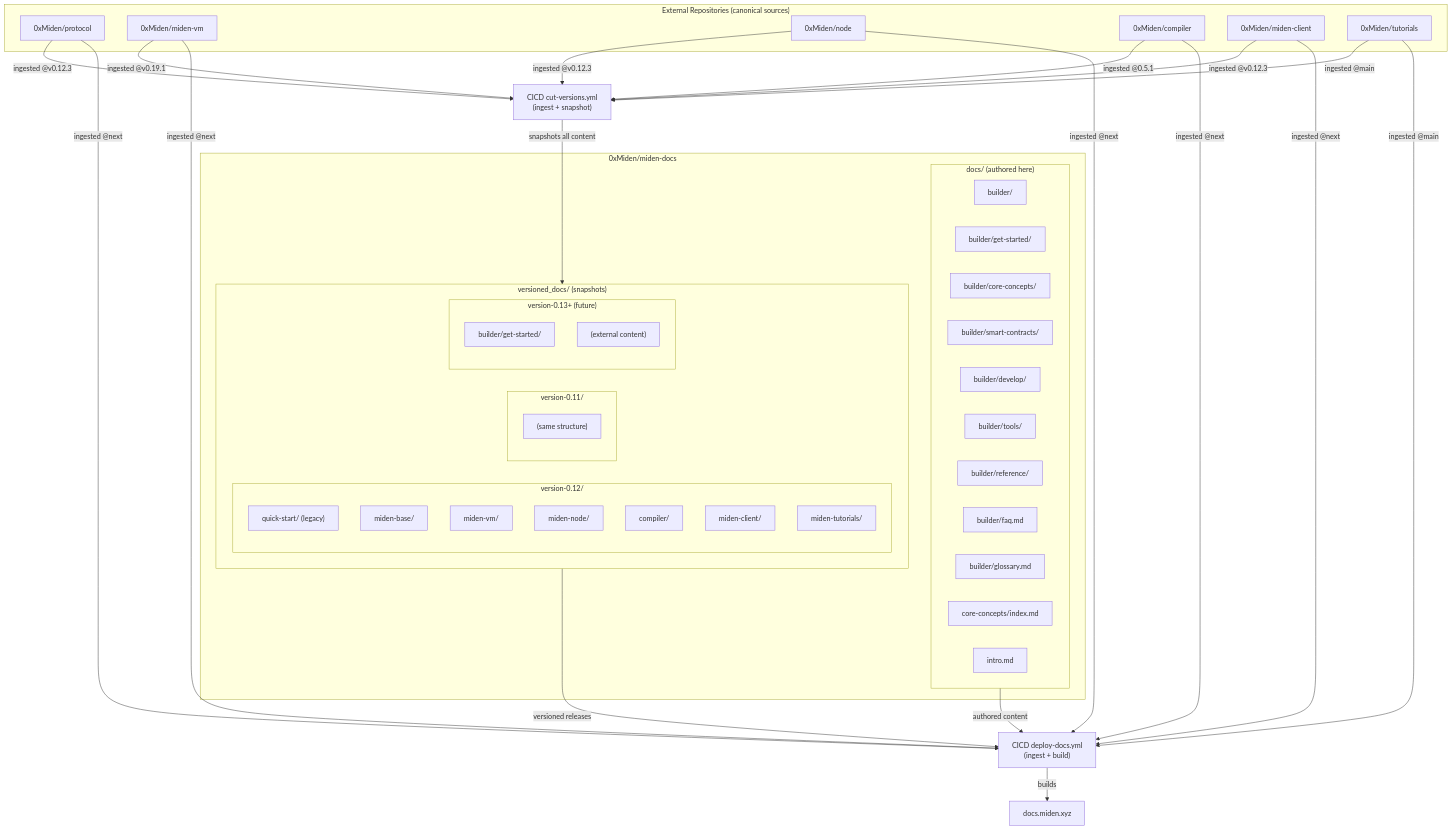
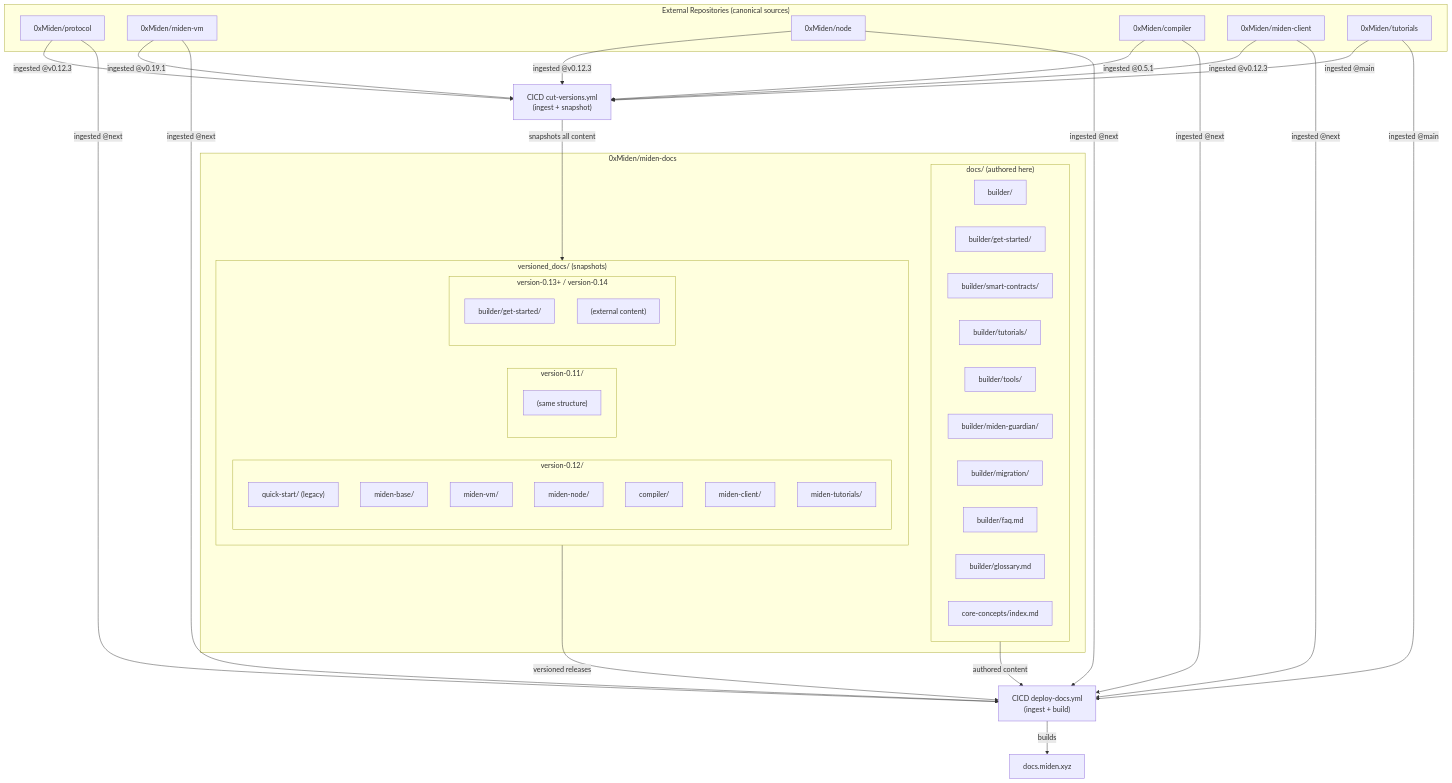
Before and after one commit to 0xMiden/miden-docs: the diagram in README.md, drawn with Mermaid. The commit also changed other lines of this file and 5 other files, not shown here.

````diff
--- a/README.md
+++ b/README.md
@@ -13,72 +13,71 @@
 ```mermaid
 flowchart TD
     subgraph ThisRepo["0xMiden/miden-docs"]
         subgraph DocsDir["docs/ (authored here)"]
             BuilderDir["builder/"]
             BuilderQS["builder/get-started/"]
-            BuilderCore["builder/core-concepts/"]
             BuilderSC["builder/smart-contracts/"]
-            BuilderDev["builder/develop/"]
+            BuilderTutorials["builder/tutorials/"]
             BuilderTools["builder/tools/"]
-            BuilderRef["builder/reference/"]
+            BuilderGuardian["builder/miden-guardian/"]
+            BuilderMigration["builder/migration/"]
             BuilderFAQ["builder/faq.md"]
             BuilderGlossary["builder/glossary.md"]
-            DesignLanding["core-concepts/index.md"]
-            Intro["intro.md"]
+            CoreConceptsLanding["core-concepts/index.md"]
         end
 
         subgraph VersionedDocs["versioned_docs/ (snapshots)"]
             subgraph V012["version-0.12/"]
                 V012QS["quick-start/ (legacy)"]
                 V012Base["miden-base/"]
                 V012VM["miden-vm/"]
                 V012Node["miden-node/"]
                 V012Compiler["compiler/"]
                 V012Client["miden-client/"]
                 V012Tutorials["miden-tutorials/"]
             end
             subgraph V011["version-0.11/"]
                 V011Content["(same structure)"]
             end
-            subgraph VFuture["version-0.13+ (future)"]
+            subgraph VCurrent["version-0.13+ / version-0.14"]
                 VFutureBuilder["builder/get-started/"]
                 VFutureExternal["(external content)"]
             end
         end
     end
 
     subgraph ExternalRepos["External Repositories (canonical sources)"]
         MidenBase["0xMiden/protocol"]
         MidenVM["0xMiden/miden-vm"]
         MidenNode["0xMiden/node"]
         Compiler["0xMiden/compiler"]
         MidenClient["0xMiden/miden-client"]
         MidenTutorials["0xMiden/tutorials"]
     end
 
     CutVersions["CICD cut-versions.yml<br/>(ingest + snapshot)"]
     DeployDocs["CICD deploy-docs.yml<br/>(ingest + build)"]
 
     %% External repos feed into both workflows
     MidenBase -->|"ingested @v0.12.3"| CutVersions
     MidenVM -->|"ingested @v0.19.1"| CutVersions
     MidenNode -->|"ingested @v0.12.3"| CutVersions
     Compiler -->|"ingested @0.5.1"| CutVersions
     MidenClient -->|"ingested @v0.12.3"| CutVersions
     MidenTutorials -->|"ingested @main"| CutVersions
 
     MidenBase -->|"ingested @next"| DeployDocs
     MidenVM -->|"ingested @next"| DeployDocs
     MidenNode -->|"ingested @next"| DeployDocs
     Compiler -->|"ingested @next"| DeployDocs
     MidenClient -->|"ingested @next"| DeployDocs
     MidenTutorials -->|"ingested @main"| DeployDocs
 
     CutVersions -->|"snapshots all content"| VersionedDocs
 
     %% Deploy workflow uses authored + ingested + versioned
     DocsDir -->|"authored content"| DeployDocs
     VersionedDocs -->|"versioned releases"| DeployDocs
 
     DeployDocs -->|"builds"| Site["docs.miden.xyz"]
 ```
````
